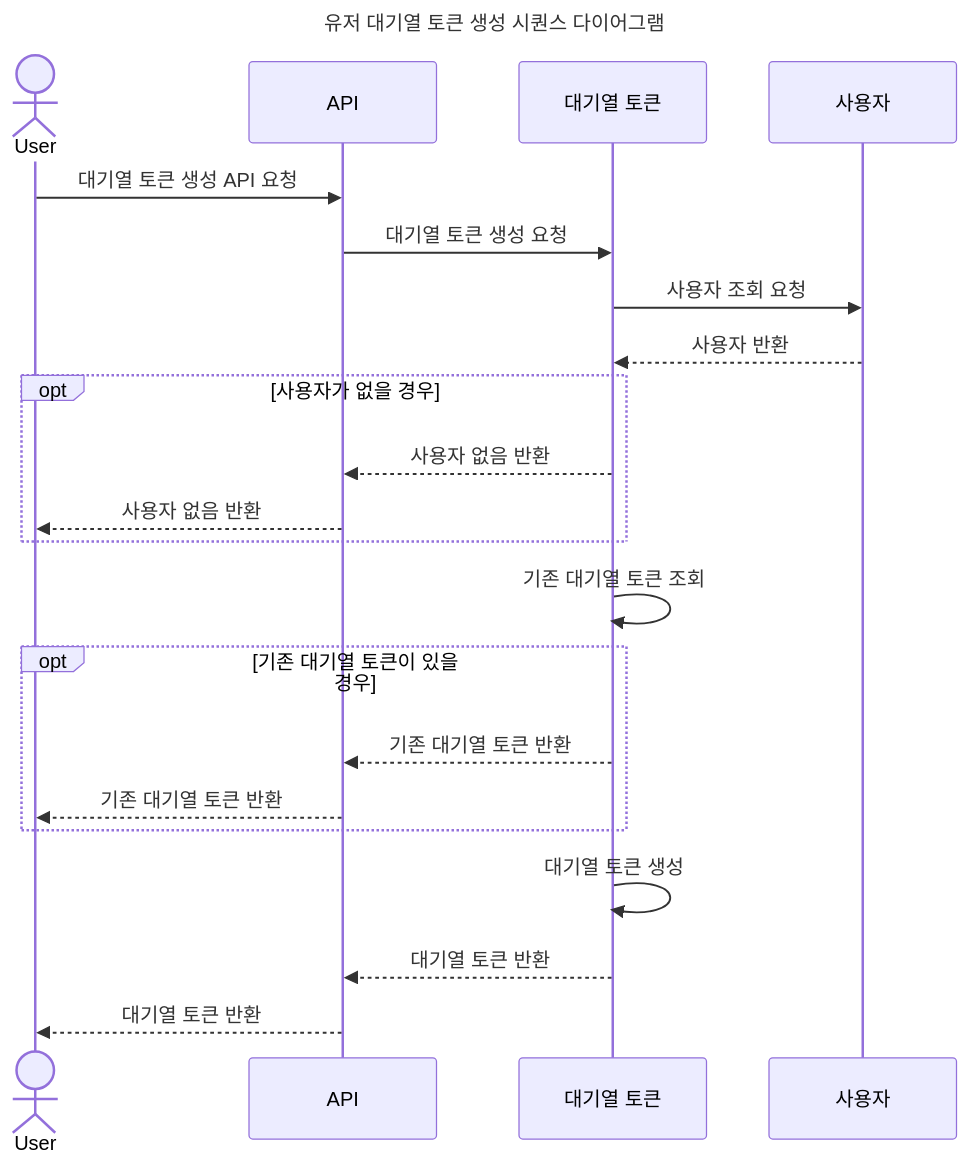
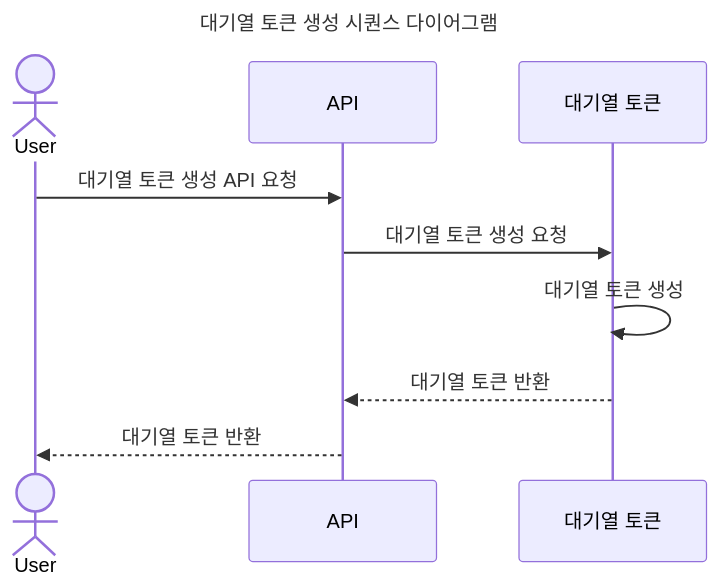
Before and after one commit to hhpb-code/hhplus-concert: the second of 9 diagrams in docs/SEQUENCE_DIAGRAM.md, drawn with Mermaid. The commit also changed other lines of this file and 22 other files, not shown here.

````diff
--- a/docs/SEQUENCE_DIAGRAM.md
+++ b/docs/SEQUENCE_DIAGRAM.md
@@ -122,26 +114,12 @@
 ```mermaid
 sequenceDiagram
     actor User
     participant API
     participant 대기열 토큰
-    participant 사용자
-    title 유저 대기열 토큰 생성 시퀀스 다이어그램
+    title 대기열 토큰 생성 시퀀스 다이어그램
     User ->> API: 대기열 토큰 생성 API 요청
     API ->> 대기열 토큰: 대기열 토큰 생성 요청
-    대기열 토큰 ->> 사용자: 사용자 조회 요청
-    사용자 -->> 대기열 토큰: 사용자 반환
-    opt 사용자가 없을 경우
-        대기열 토큰 -->> API: 사용자 없음 반환
-        API -->> User: 사용자 없음 반환
-    end
-
-    대기열 토큰 ->> 대기열 토큰: 기존 대기열 토큰 조회
-    opt 기존 대기열 토큰이 있을 경우
-        대기열 토큰 -->> API: 기존 대기열 토큰 반환
-        API -->> User: 기존 대기열 토큰 반환
-    end
-
     대기열 토큰 ->> 대기열 토큰: 대기열 토큰 생성
     대기열 토큰 -->> API: 대기열 토큰 반환
     API -->> User: 대기열 토큰 반환
 ```
````
